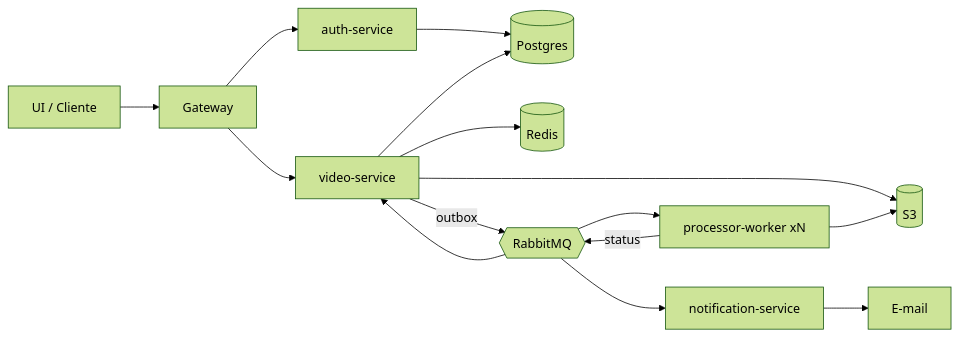
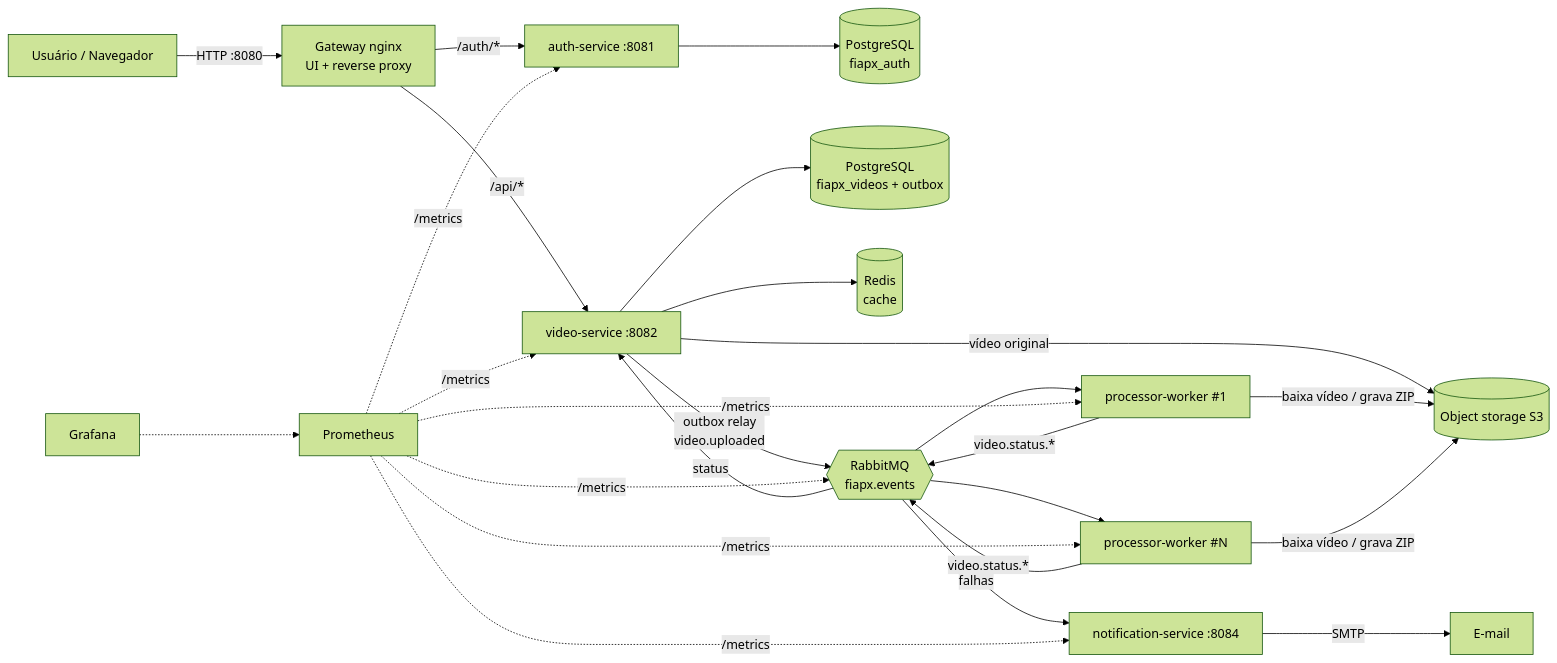
One commit to monnclaro/soat-hackaton changed the first of 3 diagrams in README.md. Above: the diagram before and after it, drawn with Mermaid (forest theme). The commit also changed other lines of this file, not shown here.

````diff
--- a/README.md
+++ b/README.md
@@ -7,10 +95,23 @@
 ```mermaid
 flowchart LR
-    U[UI / Cliente] --> GW[Gateway]
-    GW --> AUTH[auth-service] --> PG[(Postgres)]
-    GW --> VID[video-service] --> PG & R[(Redis)] & S3[(S3)]
-    VID -- outbox --> MQ{{RabbitMQ}}
-    MQ --> W[processor-worker xN] --> S3
-    W -- status --> MQ --> VID
-    MQ --> NOT[notification-service] --> MAIL[E-mail]
+    U[Usuário / Navegador] -->|HTTP :8080| GW[Gateway nginx<br/>UI + reverse proxy]
+    GW -->|/auth/*| AUTH[auth-service :8081]
+    GW -->|/api/*| VID[video-service :8082]
+
+    AUTH --> PGA[(PostgreSQL<br/>fiapx_auth)]
+    VID --> PGV[(PostgreSQL<br/>fiapx_videos + outbox)]
+    VID --> R[(Redis<br/>cache)]
+    VID -->|vídeo original| S3[(Object storage S3)]
+
+    VID -->|outbox relay<br/>video.uploaded| MQ{{RabbitMQ<br/>fiapx.events}}
+    MQ --> W1[processor-worker #1]
+    MQ --> W2[processor-worker #N]
+    W1 & W2 -->|baixa vídeo / grava ZIP| S3
+    W1 & W2 -->|video.status.*| MQ
+    MQ -->|status| VID
+    MQ -->|falhas| NOT[notification-service :8084]
+    NOT -->|SMTP| MAIL[E-mail]
+
+    PROM[Prometheus] -.->|/metrics| AUTH & VID & W1 & W2 & NOT & MQ
+    GRAF[Grafana] -.-> PROM
 ```
````
